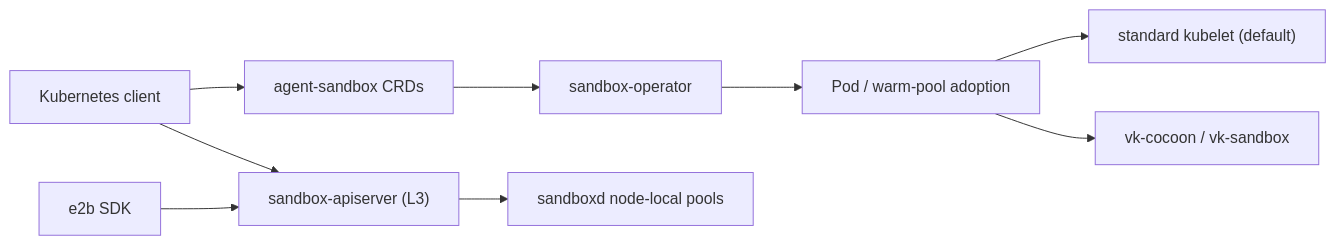
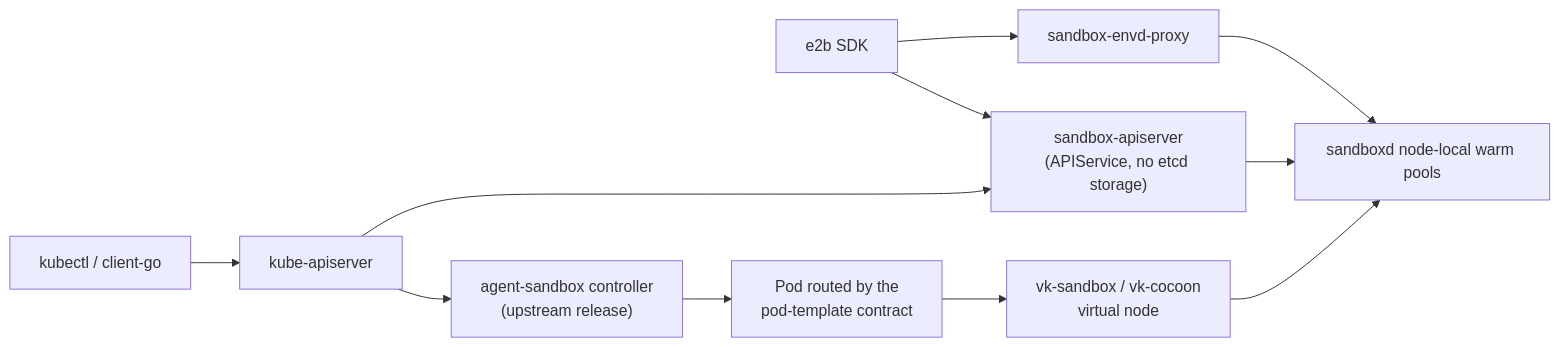
One commit to cocoonstack/sandbox-operator changed the diagram in README.md. Above: the diagram before and after it, drawn with Mermaid. The commit also changed other lines of this file and 208 other files, not shown here.

First line of the commit message:
Depend on kubernetes-sigs/agent-sandbox instead of carrying a copy (#28)

````diff
--- a/README.md
+++ b/README.md
@@ -12,11 +16,15 @@
 ```mermaid
 flowchart LR
-    Client["Kubernetes client"] --> CRD["agent-sandbox CRDs"]
-    CRD --> Operator["sandbox-operator"]
-    Operator --> Pod["Pod / warm-pool adoption"]
-    Pod --> Standard["standard kubelet (default)"]
-    Pod --> VK["vk-cocoon / vk-sandbox"]
-    Client --> API["sandbox-apiserver (L3)"]
-    E2B["e2b SDK"] --> API
-    API --> Node["sandboxd node-local pools"]
+    Client["kubectl / client-go"] --> KAPI["kube-apiserver"]
+    SDK["e2b SDK"] --> API
+    SDK --> PROXY
+
+    KAPI --> UP["agent-sandbox controller<br/>(upstream release)"]
+    UP --> POD["Pod routed by the<br/>pod-template contract"]
+    POD --> VK["vk-sandbox / vk-cocoon<br/>virtual node"]
+
+    KAPI --> API["sandbox-apiserver<br/>(APIService, no etcd storage)"]
+    PROXY["sandbox-envd-proxy"] --> SD
+    API --> SD["sandboxd node-local warm pools"]
+    VK --> SD
 ```
````
